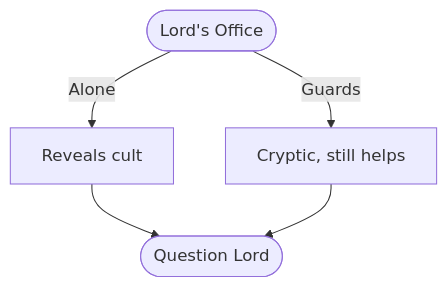
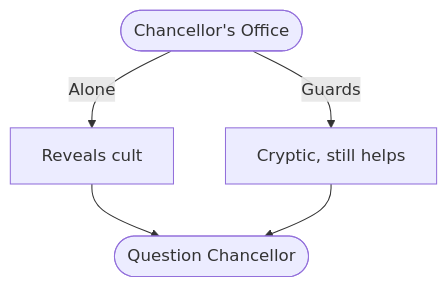
The tenth of 11 diagrams in Lore/Scenes/Intros/Elias.md (Kitick/Anthro), drawn with Mermaid before and after one commit. The commit also changed other lines of this file and 1 other file, not shown here.

Commit message:
Edmund is a chancellor

````diff
--- a/Lore/Scenes/Intros/Elias.md
+++ b/Lore/Scenes/Intros/Elias.md
@@ -234,7 +234,7 @@
 ```mermaid
 flowchart TD
-    LordOffice([Lord's Office]) -->|Alone| LordOpen[Reveals cult]
-    LordOffice -->|Guards| LordCryptic[Cryptic, still helps]
-    LordOpen --> LordQuestion([Question Lord])
-    LordCryptic --> LordQuestion
+    ChancellorOffice([Chancellor's Office]) -->|Alone| ChancellorOpen[Reveals cult]
+    ChancellorOffice -->|Guards| ChancellorCryptic[Cryptic, still helps]
+    ChancellorOpen --> ChancellorQuestion([Question Chancellor])
+    ChancellorCryptic --> ChancellorQuestion
 ```
````
